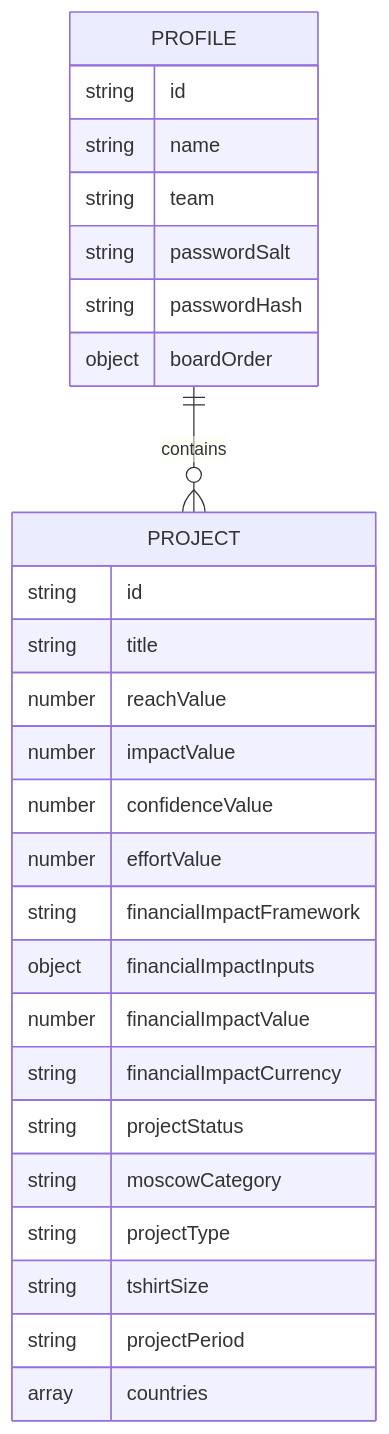
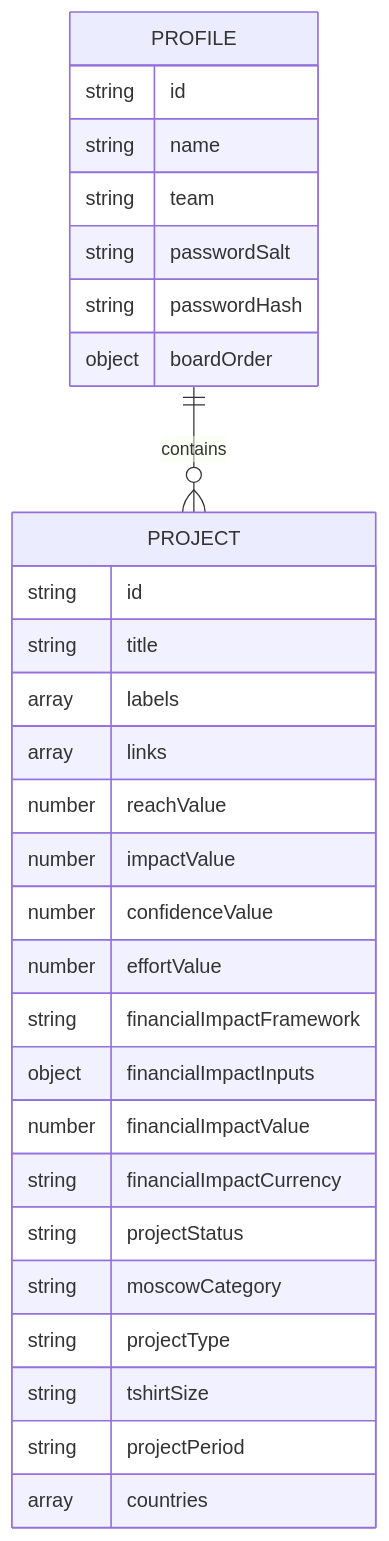
The second of 7 diagrams in docs/ARCHITECTURE.md (RifqiMT/pm-prioritization-tool), drawn with Mermaid before and after one commit. The commit also changed other lines of this file and 26 other files, not shown here.

````diff
--- a/docs/ARCHITECTURE.md
+++ b/docs/ARCHITECTURE.md
@@ -55,30 +59,32 @@
 ```mermaid
 erDiagram
   PROFILE ||--o{ PROJECT : contains
   PROFILE {
     string id
     string name
     string team
     string passwordSalt
     string passwordHash
     object boardOrder
   }
   PROJECT {
     string id
     string title
+    array labels
+    array links
     number reachValue
     number impactValue
     number confidenceValue
     number effortValue
     string financialImpactFramework
     object financialImpactInputs
     number financialImpactValue
     string financialImpactCurrency
     string projectStatus
     string moscowCategory
     string projectType
     string tshirtSize
     string projectPeriod
     array countries
   }
 ```
````
